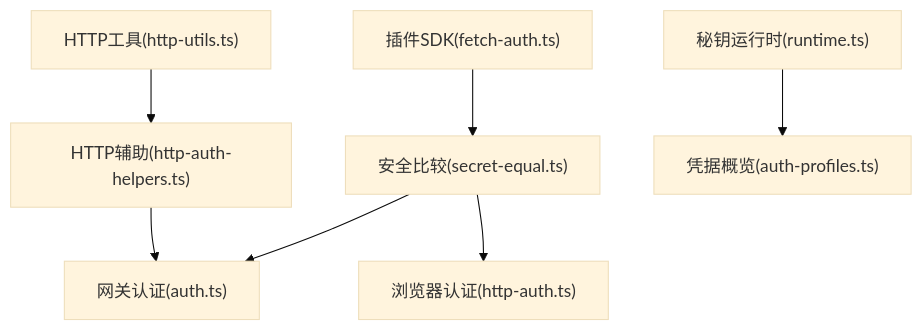
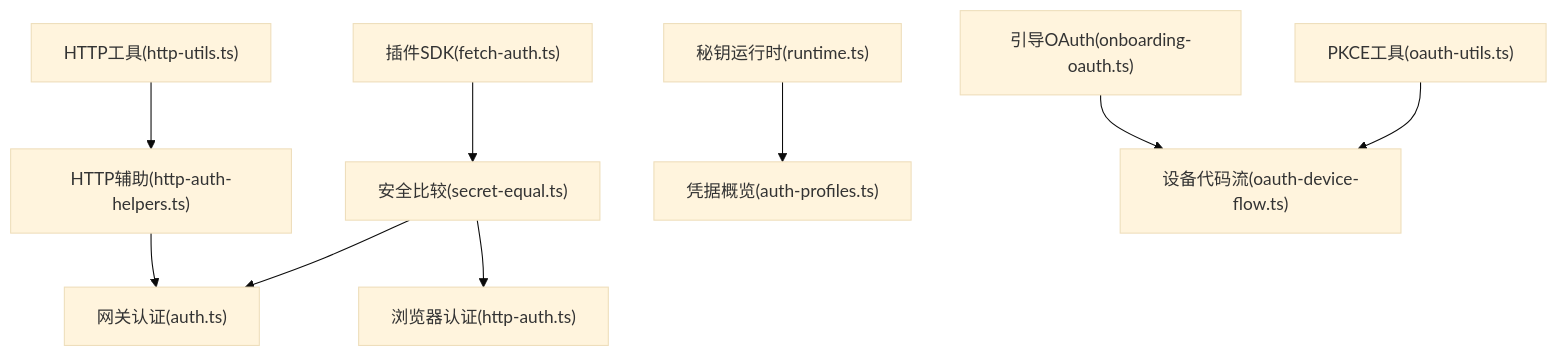
The tenth of 11 diagrams in .qoder/repowiki/zh/content/安全与配置/认证系统/认证系统.md (verse-ai-org/openclaw), drawn with Mermaid (base theme) before and after one commit. The commit also changed other lines of this file and 19 other files, not shown here.

````diff
--- a/.qoder/repowiki/zh/content/安全与配置/认证系统/认证系统.md
+++ b/.qoder/repowiki/zh/content/安全与配置/认证系统/认证系统.md
@@ -285,9 +458,11 @@
 ```mermaid
 graph TB
 SEC["安全比较(secret-equal.ts)"] --> GA["网关认证(auth.ts)"]
 SEC --> BA["浏览器认证(http-auth.ts)"]
 UT["HTTP工具(http-utils.ts)"] --> GAH["HTTP辅助(http-auth-helpers.ts)"]
 GAH --> GA
 RT["秘钥运行时(runtime.ts)"] --> AP["凭据概览(auth-profiles.ts)"]
 FA["插件SDK(fetch-auth.ts)"] --> SEC
+PU["PKCE工具(oauth-utils.ts)"] --> ODF["设备代码流(oauth-device-flow.ts)"]
+OOA["引导OAuth(onboarding-oauth.ts)"] --> ODF
 ```
````
